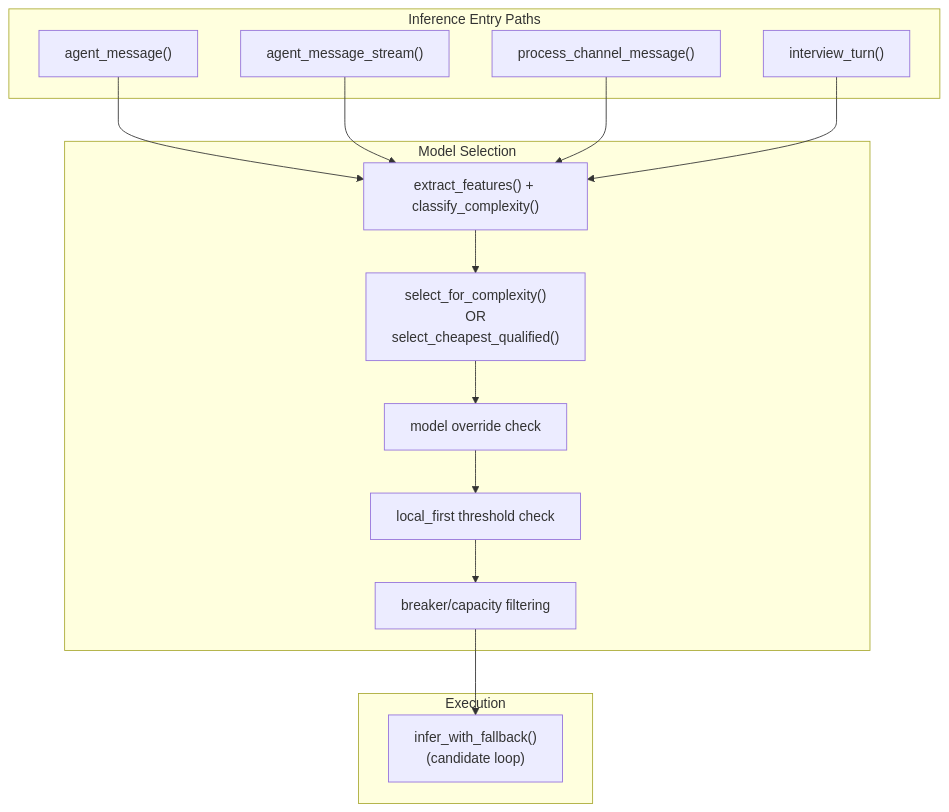
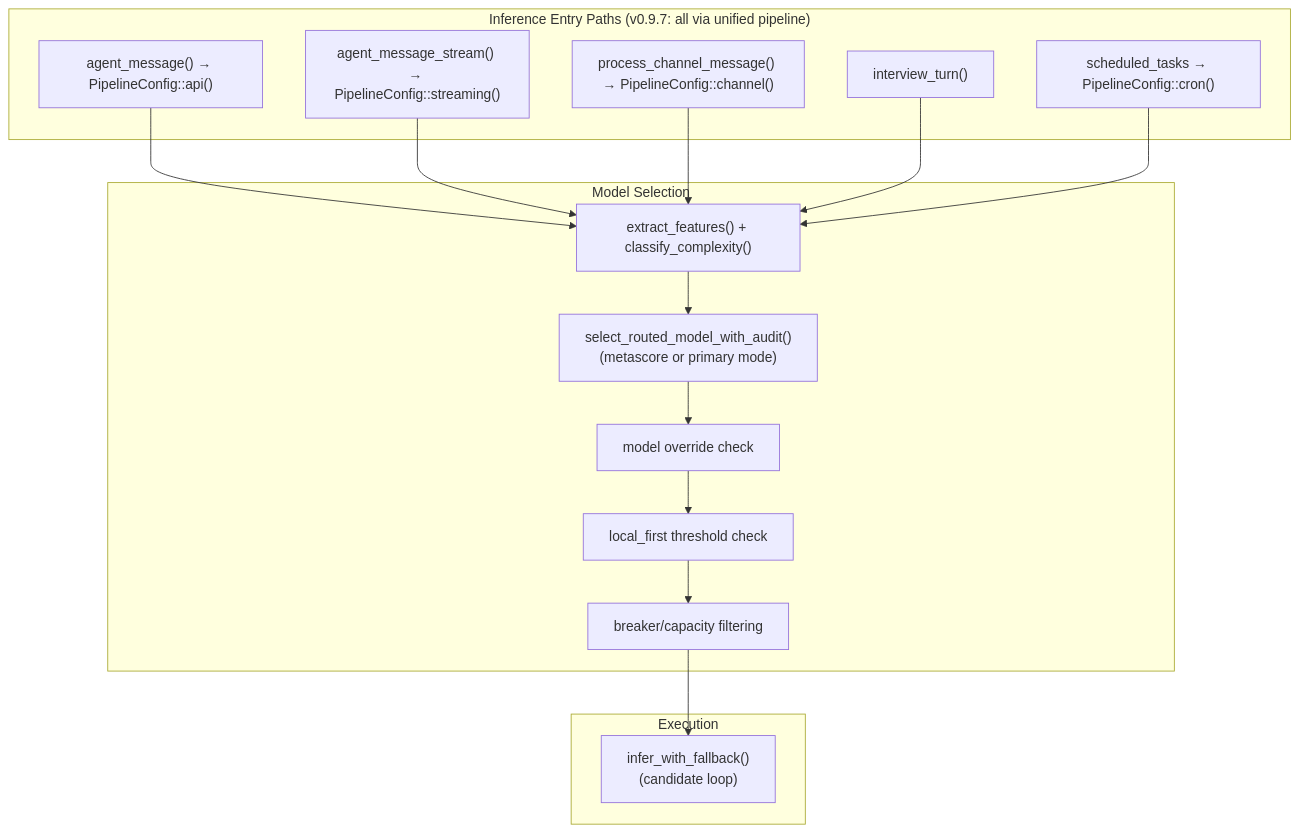
Before and after one commit to robot-accomplice/ironclad: the first of 4 diagrams in docs/architecture/router-audit.md, drawn with Mermaid. The commit also changed other lines of this file and 3 other files, not shown here.

First line of the commit message:
docs: update architecture docs for unified pipeline architecture

````diff
--- a/docs/architecture/router-audit.md
+++ b/docs/architecture/router-audit.md
@@ -7,31 +7,33 @@
 ```mermaid
 flowchart TD
-  subgraph Entry["Inference Entry Paths"]
-    E1["agent_message()"]
-    E2["agent_message_stream()"]
-    E3["process_channel_message()"]
+  subgraph Entry["Inference Entry Paths (v0.9.7: all via unified pipeline)"]
+    E1["agent_message() → PipelineConfig::api()"]
+    E2["agent_message_stream() → PipelineConfig::streaming()"]
+    E3["process_channel_message() → PipelineConfig::channel()"]
     E4["interview_turn()"]
+    E5["scheduled_tasks → PipelineConfig::cron()"]
   end
 
   subgraph Select["Model Selection"]
     S1["extract_features() + classify_complexity()"]
-    S2["select_for_complexity()\nOR\nselect_cheapest_qualified()"]
+    S2["select_routed_model_with_audit()\n(metascore or primary mode)"]
     S3["model override check"]
     S4["local_first threshold check"]
     S5["breaker/capacity filtering"]
   end
 
   subgraph Exec["Execution"]
     X1["infer_with_fallback()\n(candidate loop)"]
   end
 
   E1 --> S1
   E2 --> S1
   E3 --> S1
   E4 --> S1
+  E5 --> S1
   S1 --> S2
   S2 --> S3
   S3 --> S4
   S4 --> S5
   S5 --> X1
 ```
````
